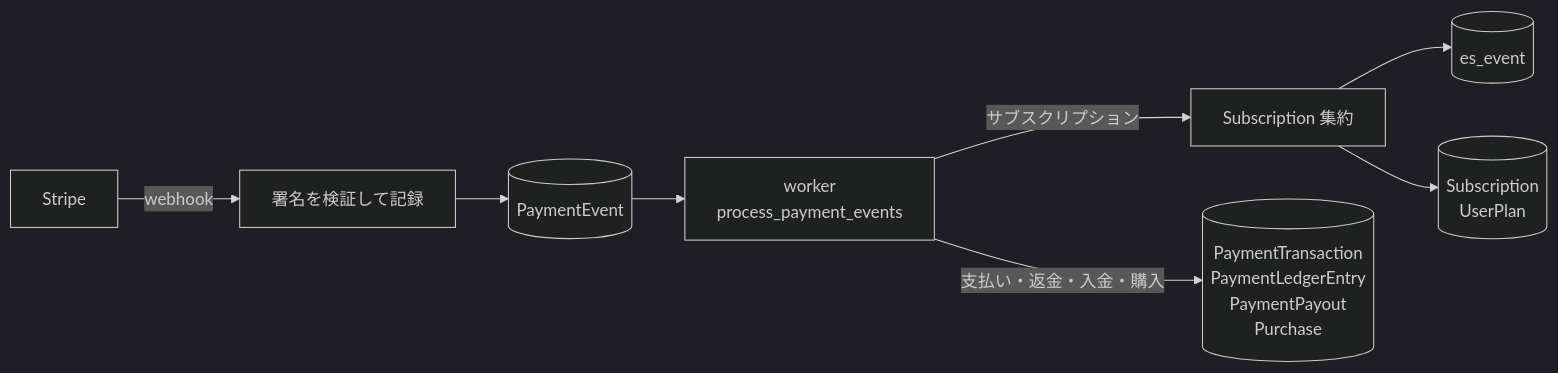
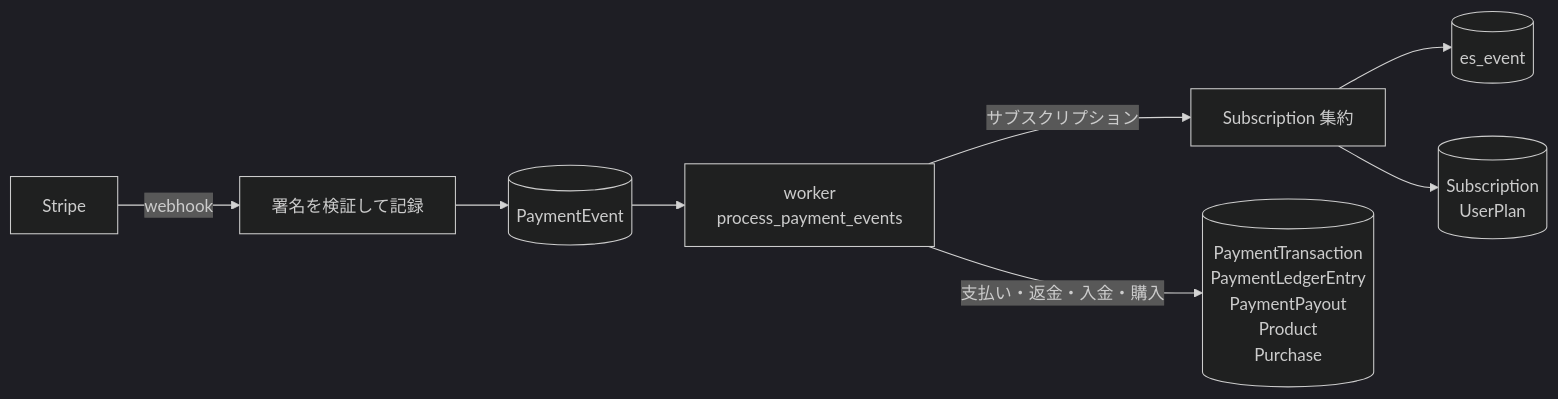
One commit to ANFINII/MyUs changed the second of 2 diagrams in docs/architecture.md. Above: the diagram before and after it, drawn with Mermaid (dark theme). The commit also changed 48 other files, not shown here.

````diff
--- a/docs/architecture.md
+++ b/docs/architecture.md
@@ -133,9 +133,9 @@
 ```mermaid
 flowchart LR
     Stripe[Stripe] -->|webhook| Webhook[署名を検証して記録]
     Webhook --> PE[(PaymentEvent)]
     PE --> Worker[worker<br/>process_payment_events]
     Worker -->|サブスクリプション| Agg[Subscription 集約] --> ES[(es_event)]
     Agg --> Sub[(Subscription<br/>UserPlan)]
-    Worker -->|支払い・返金・入金・購入| Pay[(PaymentTransaction<br/>PaymentLedgerEntry<br/>PaymentPayout<br/>Purchase)]
+    Worker -->|支払い・返金・入金・購入| Pay[(PaymentTransaction<br/>PaymentLedgerEntry<br/>PaymentPayout<br/>Product<br/>Purchase)]
 ```
````
